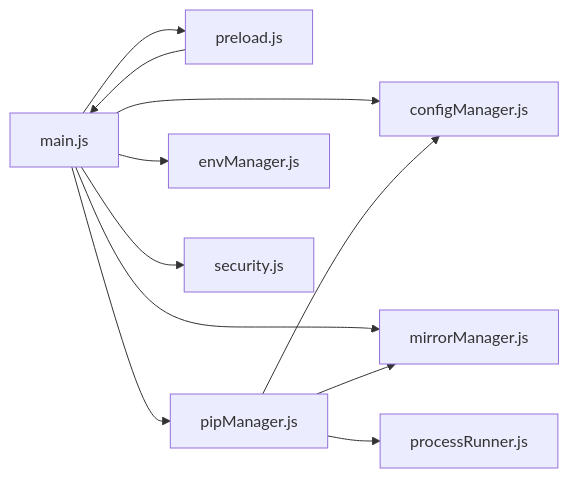
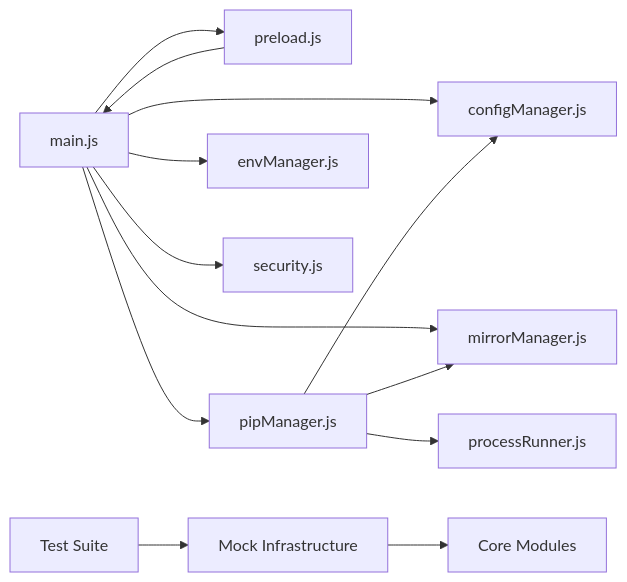
The third of 4 diagrams in docs/en/content/Development Guide.md (SoftheartedYYC/PyLibMaster), drawn with Mermaid before and after one commit. The commit also changed other lines of this file and 72 other files, not shown here.

````diff
--- a/docs/en/content/Development Guide.md
+++ b/docs/en/content/Development Guide.md
@@ -241,13 +309,15 @@
 ```mermaid
 graph LR
 MAIN["main.js"] --> PRELOAD["preload.js"]
 PRELOAD --> MAIN
 MAIN --> CFG["configManager.js"]
 MAIN --> MIR["mirrorManager.js"]
 MAIN --> PIP["pipManager.js"]
 MAIN --> ENV["envManager.js"]
 PIP --> PR["processRunner.js"]
 PIP --> CFG
 PIP --> MIR
 MAIN --> SEC["security.js"]
+TESTS["Test Suite"] --> MOCKS["Mock Infrastructure"]
+MOCKS --> CORE["Core Modules"]
 ```
````
